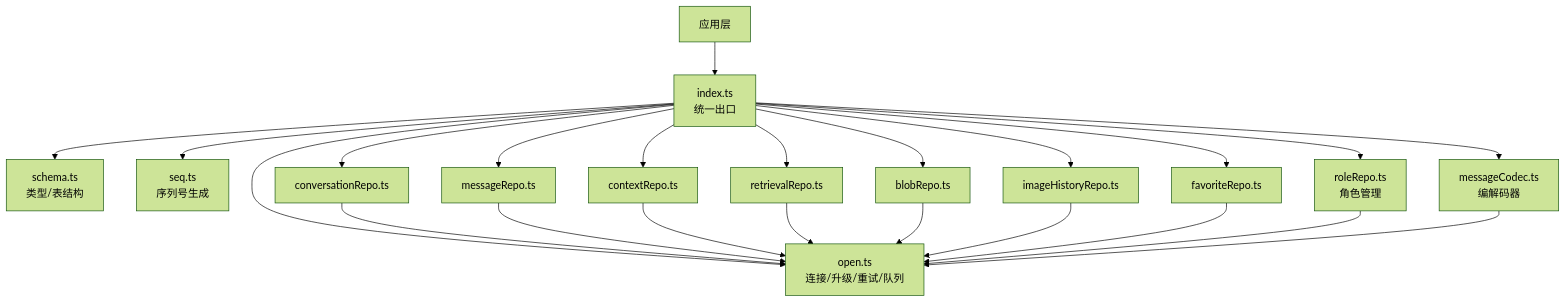
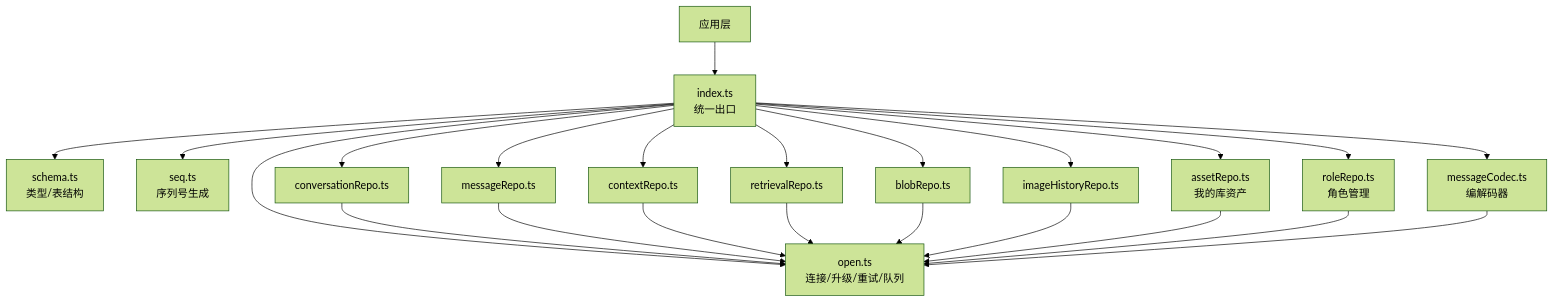
The first of 12 diagrams in .qoder/repowiki/zh/content/数据持久化/数据库层/数据库层.md (billye220670/AIShop), drawn with Mermaid (forest theme) before and after one commit. The commit also changed other lines of this file and 99 other files, not shown here.

````diff
--- a/.qoder/repowiki/zh/content/数据持久化/数据库层/数据库层.md
+++ b/.qoder/repowiki/zh/content/数据持久化/数据库层/数据库层.md
@@ -64,25 +64,25 @@
 ```mermaid
 graph TB
 A["应用层"] --> B["index.ts<br/>统一出口"]
 B --> C["open.ts<br/>连接/升级/重试/队列"]
 B --> D["schema.ts<br/>类型/表结构"]
 B --> E["seq.ts<br/>序列号生成"]
 B --> F["conversationRepo.ts"]
 B --> G["messageRepo.ts"]
 B --> H["contextRepo.ts"]
 B --> I["retrievalRepo.ts"]
 B --> J["blobRepo.ts"]
 B --> K["imageHistoryRepo.ts"]
-B --> L["favoriteRepo.ts"]
+B --> L["assetRepo.ts<br/>我的库资产"]
 B --> M["roleRepo.ts<br/>角色管理"]
 B --> N["messageCodec.ts<br/>编解码器"]
 F --> C
 G --> C
 H --> C
 I --> C
 J --> C
 K --> C
 L --> C
 M --> C
 N --> C
 ```
````
